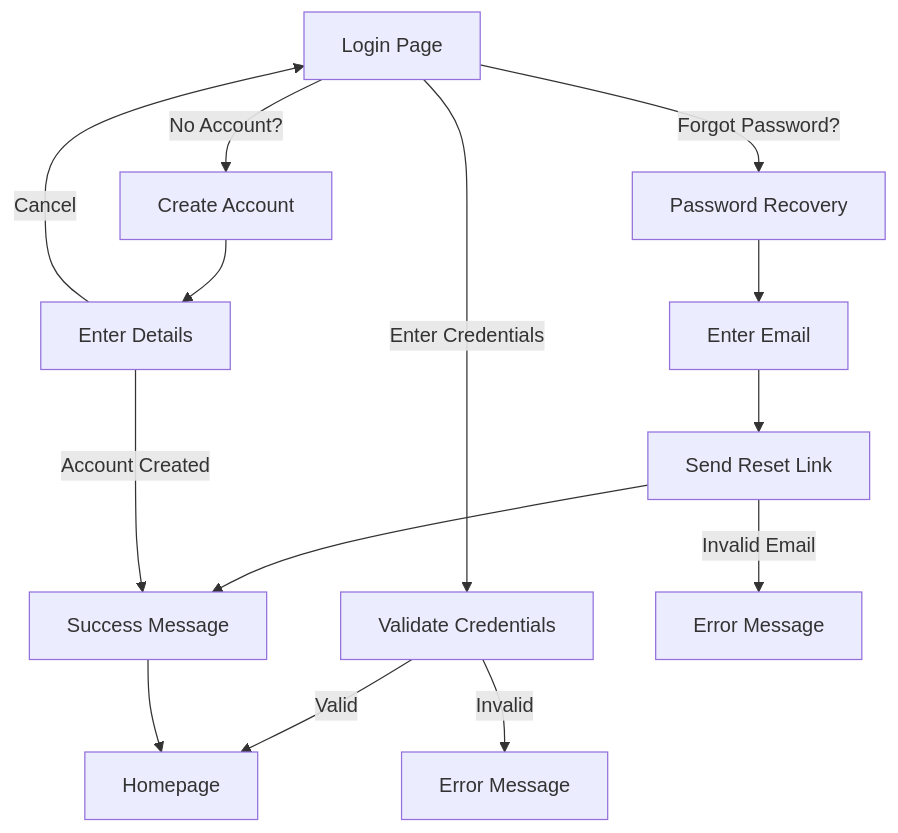
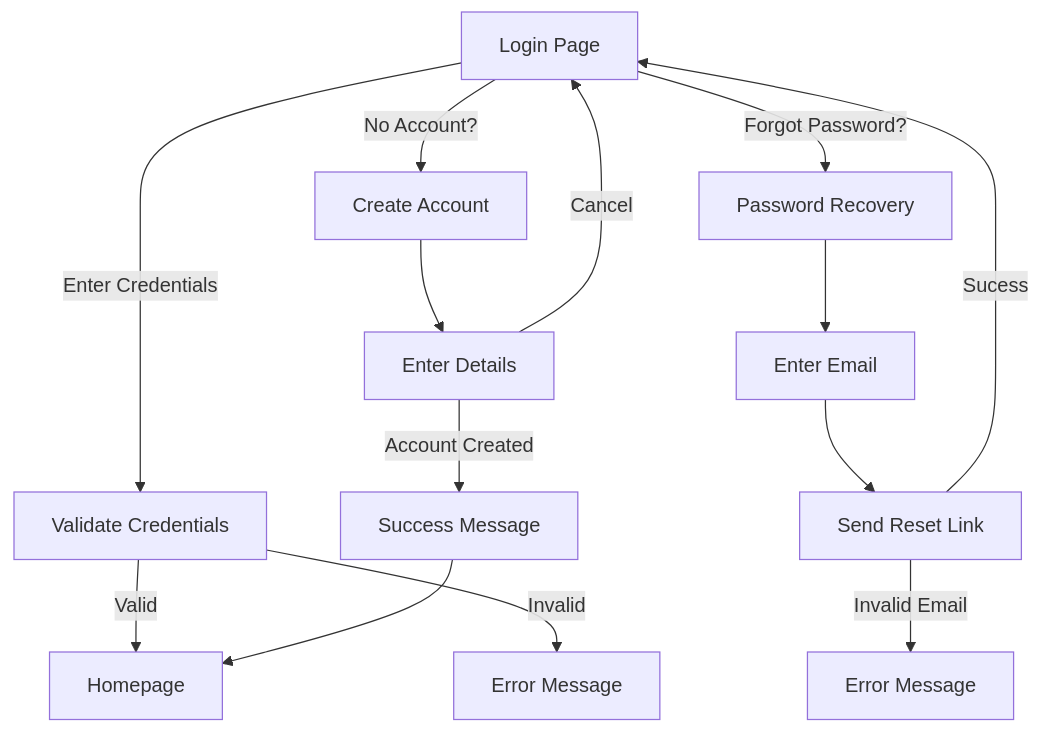
One commit to DuarteVDG/aw-project changed the first of 3 diagrams in front-end/story-space/Stories.md. Above: the diagram before and after it, drawn with Mermaid. The commit also changed other lines of this file, not shown here.

````diff
--- a/front-end/story-space/Stories.md
+++ b/front-end/story-space/Stories.md
@@ -4,16 +4,16 @@
 ```mermaid
 flowchart TD
     Start[Login Page] -->|Enter Credentials| Validate[Validate Credentials]
     Validate -->|Valid| Home[Homepage]
     Validate -->|Invalid| Error[Error Message]
     Start -->|Forgot Password?| Forgot[Password Recovery]
     Start -->|No Account?| Create[Create Account]
     Forgot --> Email[Enter Email]
     Email --> ResetLink[Send Reset Link]
-    ResetLink --> Success[Success Message]
+    ResetLink --> |Sucess| Start[Login Page]
     ResetLink -->|Invalid Email| ErrorEmail[Error Message]
     Create --> Details[Enter Details]
     Details -->|Account Created| Success[Success Message]
     Details -->|Cancel| Start
     Success --> Home
 ```
````
